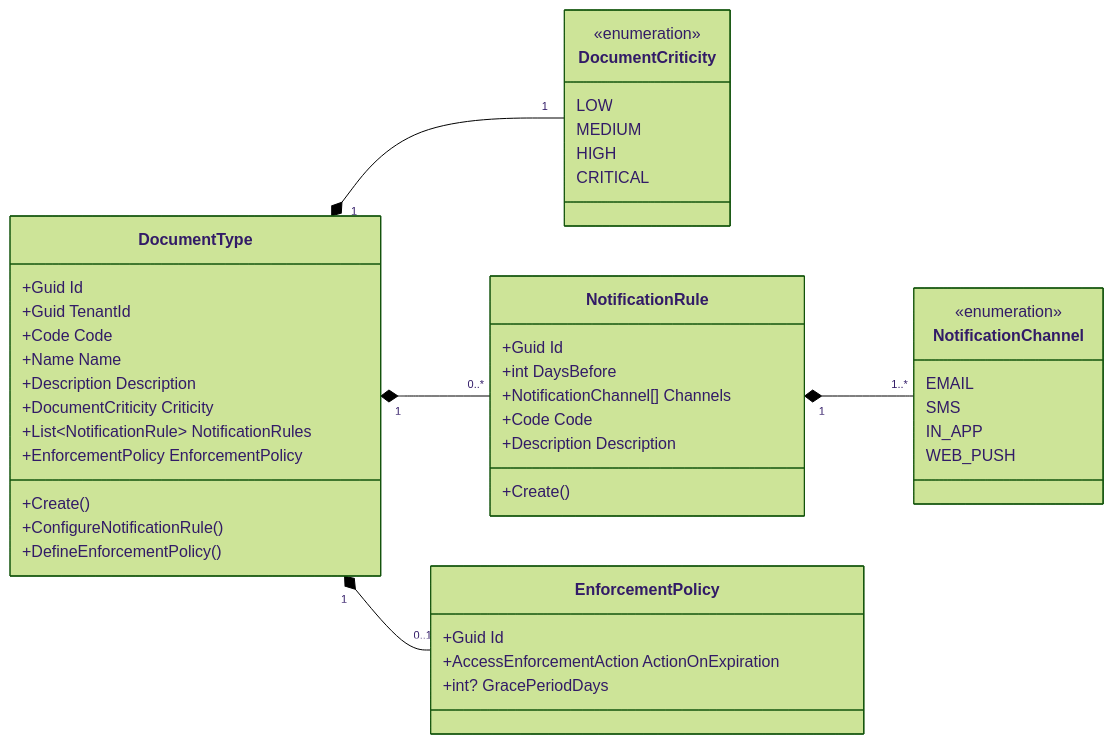
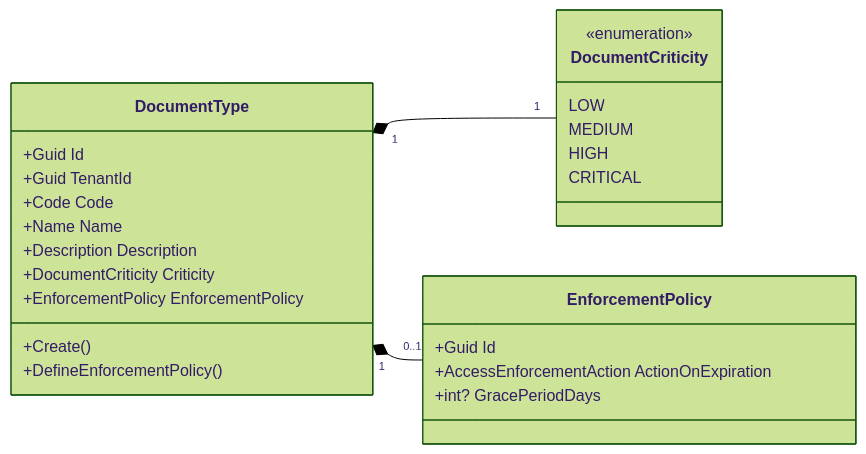
The first of 3 diagrams in docs/domain-es/approvals/document-type.md (beyondnetcode/ums), drawn with Mermaid (forest theme) before and after one commit. The commit also changed other lines of this file and 105 other files, not shown here.

````diff
--- a/docs/domain-es/approvals/document-type.md
+++ b/docs/domain-es/approvals/document-type.md
@@ -99,48 +91,29 @@
 ```mermaid
 classDiagram
     direction LR
     class DocumentType {
         +Guid Id
         +Guid TenantId
         +Code Code
         +Name Name
         +Description Description
         +DocumentCriticity Criticity
-        +List~NotificationRule~ NotificationRules
         +EnforcementPolicy EnforcementPolicy
         +Create()
-        +ConfigureNotificationRule()
         +DefineEnforcementPolicy()
     }
     class DocumentCriticity {
         <<enumeration>>
         LOW
         MEDIUM
         HIGH
         CRITICAL
     }
-    class NotificationRule {
-        +Guid Id
-        +int DaysBefore
-        +NotificationChannel[] Channels
-        +Code Code
-        +Description Description
-        +Create()
-    }
-    class NotificationChannel {
-        <<enumeration>>
-        EMAIL
-        SMS
-        IN_APP
-        WEB_PUSH
-    }
     class EnforcementPolicy {
         +Guid Id
         +AccessEnforcementAction ActionOnExpiration
         +int? GracePeriodDays
     }
     DocumentType "1" *-- "1" DocumentCriticity
-    DocumentType "1" *-- "0..*" NotificationRule
     DocumentType "1" *-- "0..1" EnforcementPolicy
-    NotificationRule "1" *-- "1..*" NotificationChannel
 ```
````
